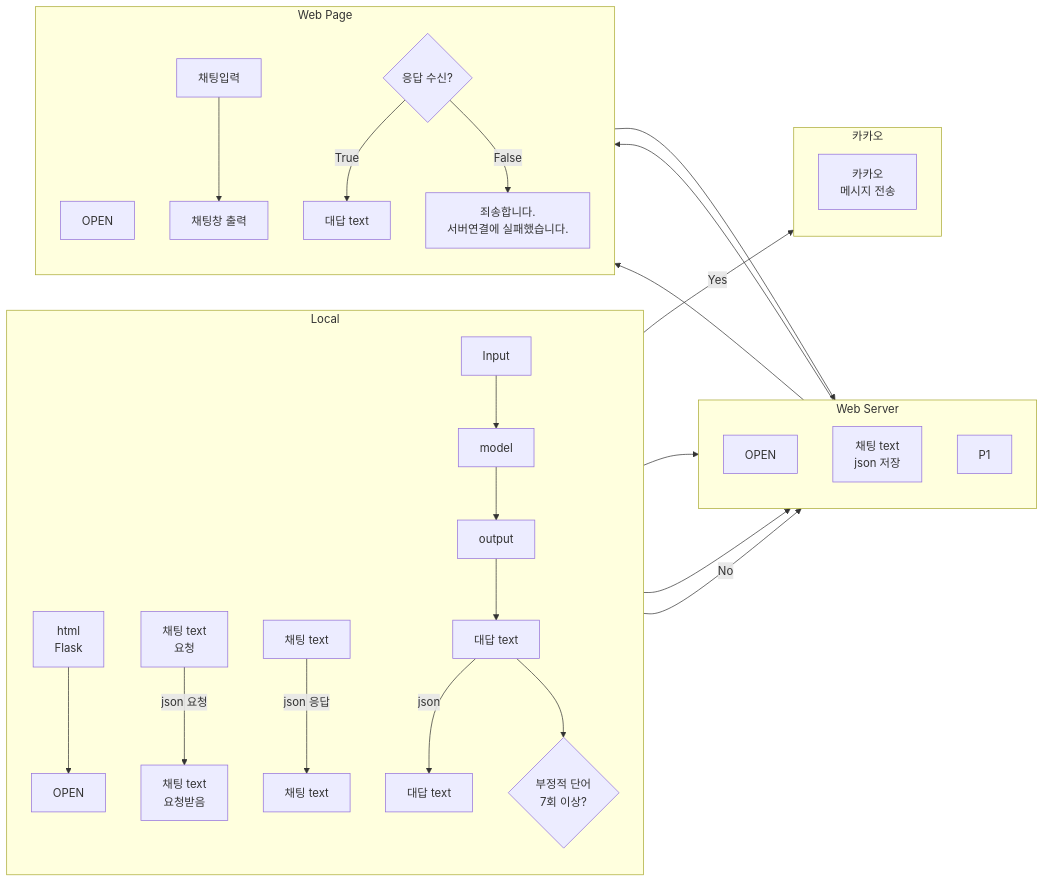
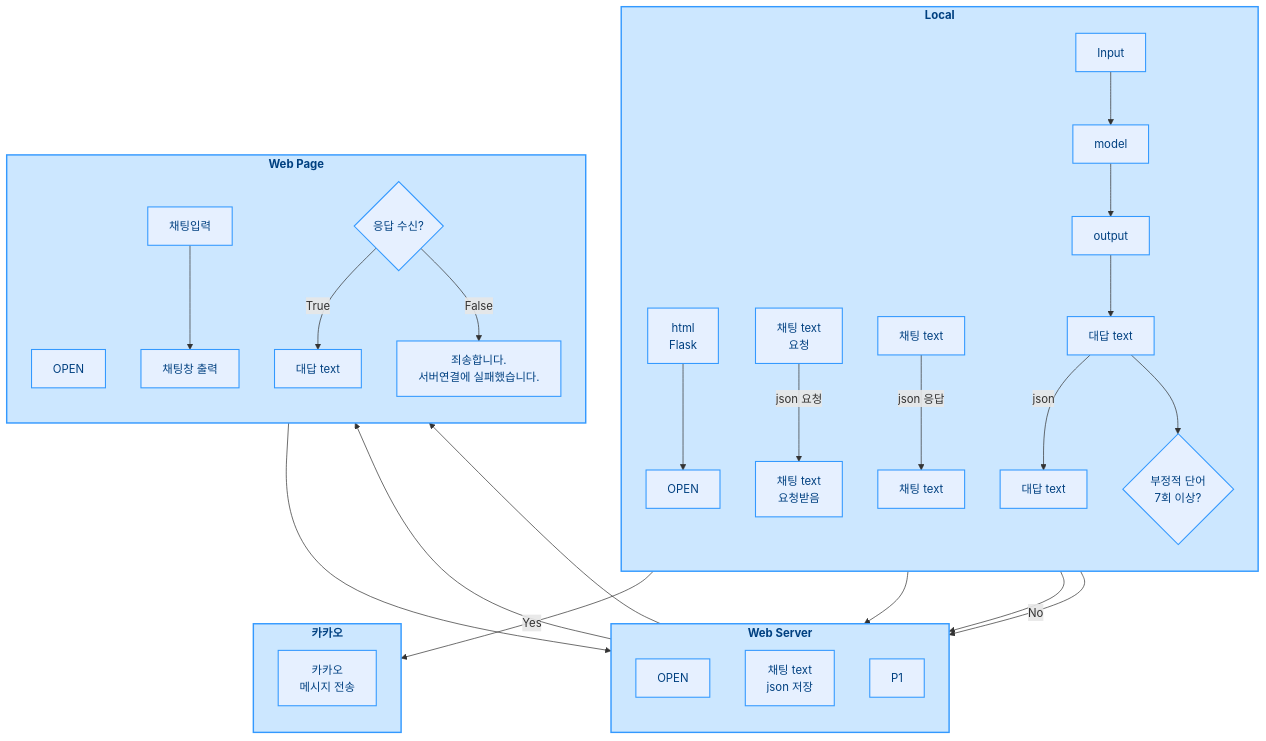
The diagram in README2.md (futurelee2/Chatbot-Yolov5), drawn with Mermaid before and after one commit.

````diff
--- a/README2.md
+++ b/README2.md
@@ -1,42 +1,53 @@
 ```mermaid
-flowchart LR
-  %% --- Lanes ---
+flowchart TB
+  %% 색상 정의
+  classDef lane fill:#cce7ff,stroke:#3399ff,stroke-width:2px,color:#004080,font-weight:bold;
+  classDef node fill:#e6f0ff,stroke:#3399ff,stroke-width:1.5px,color:#004080;
+  
+  %% Local 서브그래프
   subgraph L[Local]
     direction TB
-    L1["html\nFlask"] --> L2[OPEN]
-    L3["채팅 text\n요청"] -->|json 요청| W1
-    W2["채팅 text"]
-    W2 -->|json 응답| L4["채팅 text"]
-    L5[Input] --> L6[model] --> L7[output] --> L8["대답 text"]
+    L1["html\nFlask"]:::node --> L2[OPEN]:::node
+    L3["채팅 text\n요청"]:::node -->|json 요청| W1
+    W2["채팅 text"]:::node
+    W2 -->|json 응답| L4["채팅 text"]:::node
+    L5[Input]:::node --> L6[model]:::node --> L7[output]:::node --> L8["대답 text"]:::node
     L8 -->|json| W3
-    D1{"부정적 단어\n7회 이상?"}
+    D1{"부정적 단어\n7회 이상?"}:::node
     L8 --> D1
   end
+  class L lane;
 
+  %% Web Server 서브그래프
   subgraph W[Web Server]
     direction TB
-    W0[OPEN]
-    W4["채팅 text\njson 저장"]
-    W1["채팅 text\n요청받음"]
-    W3["대답 text"] --> P1
+    W0[OPEN]:::node
+    W4["채팅 text\njson 저장"]:::node
+    W1["채팅 text\n요청받음"]:::node
+    W3["대답 text"]:::node --> P1
   end
+  class W lane;
 
+  %% Web Page 서브그래프
   subgraph P[Web Page]
     direction TB
-    P0[OPEN]
-    P2[채팅입력] --> P3[채팅창 출력] --> W4
-    P1 --> C{"응답 수신?"}
-    C -->|True| P4["대답 text"]
-    C -->|False| P5["죄송합니다.\n서버연결에 실패했습니다."]
+    P0[OPEN]:::node
+    P2[채팅입력]:::node --> P3[채팅창 출력]:::node --> W4
+    P1 --> C{"응답 수신?"}:::node
+    C -->|True| P4["대답 text"]:::node
+    C -->|False| P5["죄송합니다.\n서버연결에 실패했습니다."]:::node
   end
+  class P lane;
 
+  %% Kakao 서브그래프
   subgraph K[카카오]
     direction TB
-    K1["카카오\n메시지 전송"]
+    K1["카카오\n메시지 전송"]:::node
   end
+  class K lane;
 
+  %% 연결선
   L2 --> W0 --> P0
   D1 -->|Yes| K1
   D1 -->|No| P1
-
 ```
````
